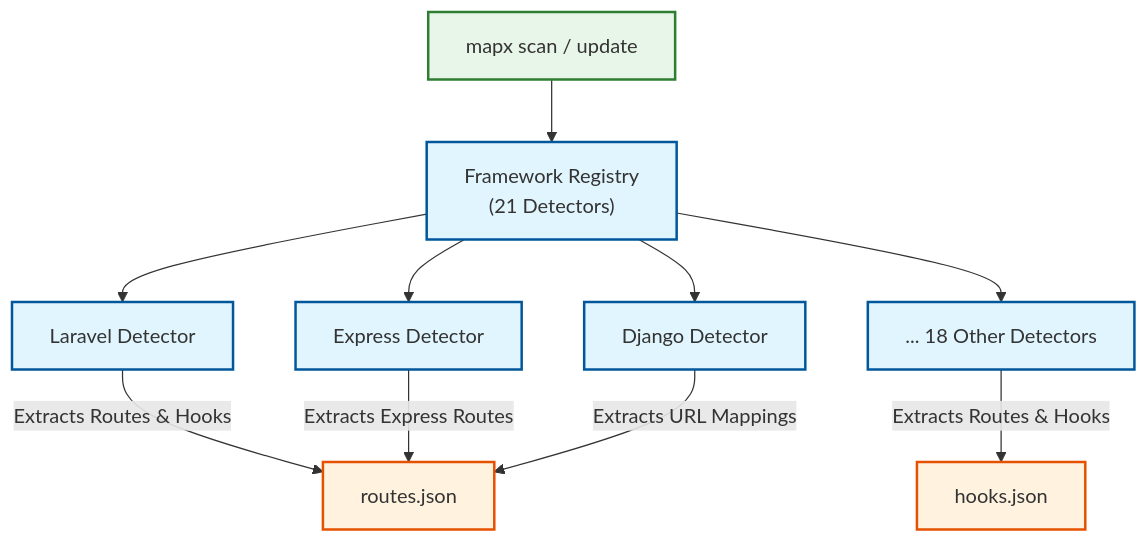
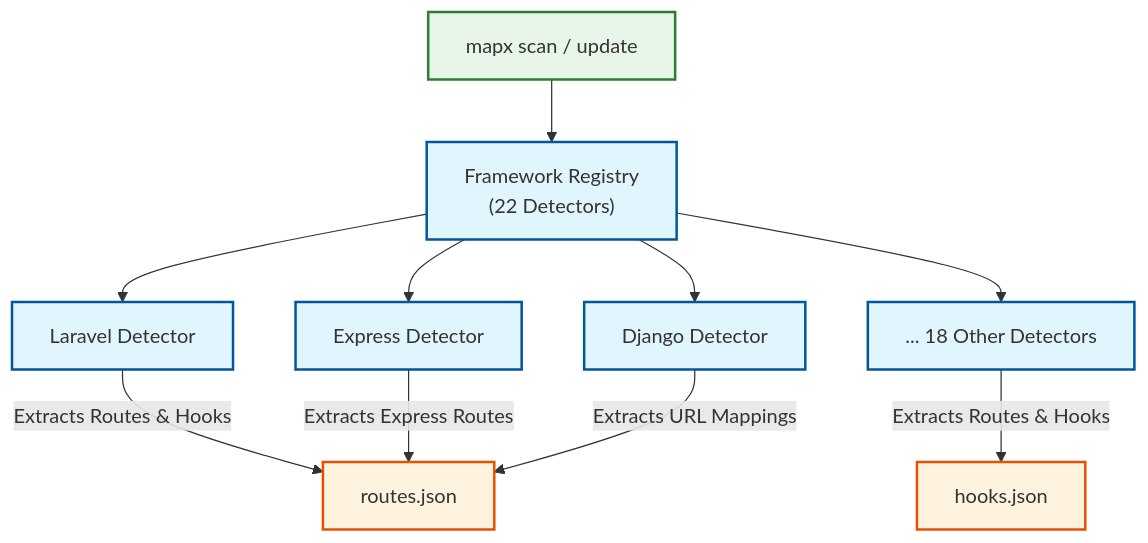
One commit to MohamedGamil/MapX changed the diagram in docs/framework-integration.md. Above: the diagram before and after it, drawn with Mermaid. The commit also changed other lines of this file and 12 other files, not shown here.

````diff
--- a/docs/framework-integration.md
+++ b/docs/framework-integration.md
@@ -15,28 +15,28 @@
 ```mermaid
 graph TD
     classDef scanner fill:#e8f5e9,stroke:#2e7d32,stroke-width:2px;
     classDef detector fill:#e1f5fe,stroke:#01579b,stroke-width:2px;
     classDef registry fill:#fff3e0,stroke:#e65100,stroke-width:2px;
 
     Scan["mapx scan / update"]:::scanner
-    Detectors["Framework Registry<br>(21 Detectors)"]:::detector
+    Detectors["Framework Registry<br>(22 Detectors)"]:::detector
     
     Laravel["Laravel Detector"]:::detector
     Express["Express Detector"]:::detector
     Django["Django Detector"]:::detector
     Other["... 18 Other Detectors"]:::detector
 
     RouteReg["routes.json"]:::registry
     HookReg["hooks.json"]:::registry
 
     Scan --> Detectors
     Detectors --> Laravel
     Detectors --> Express
     Detectors --> Django
     Detectors --> Other
 
     Laravel -->|Extracts Routes & Hooks| RouteReg
     Express -->|Extracts Express Routes| RouteReg
     Django -->|Extracts URL Mappings| RouteReg
     Other -->|Extracts Routes & Hooks| HookReg
 ```
````
